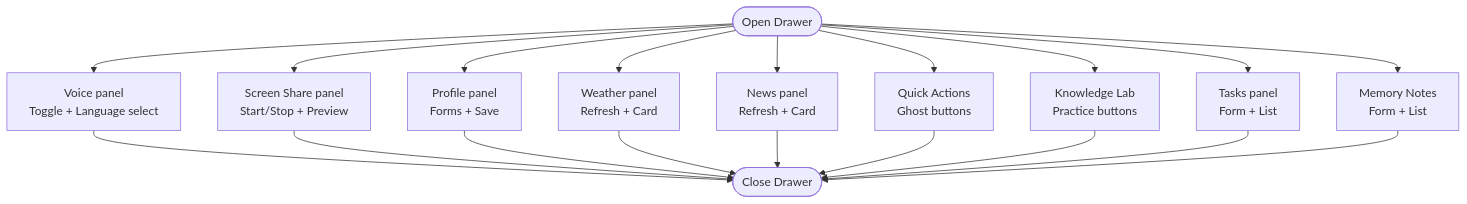
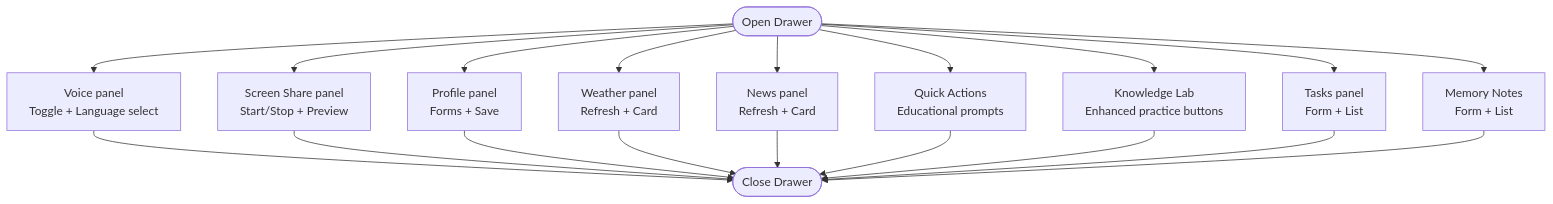
The fifth of 8 diagrams in .qoder/repowiki/en/content/Frontend Components/User Interface Design/HTML Structure and Semantic Markup.md (Sovetsky-Soyuz/AI-Assistant), drawn with Mermaid before and after one commit. The commit also changed other lines of this file and 10 other files, not shown here.

````diff
--- a/.qoder/repowiki/en/content/Frontend Components/User Interface Design/HTML Structure and Semantic Markup.md
+++ b/.qoder/repowiki/en/content/Frontend Components/User Interface Design/HTML Structure and Semantic Markup.md
@@ -178,21 +186,21 @@
 ```mermaid
 flowchart TD
 Open(["Open Drawer"]) --> Voice["Voice panel<br/>Toggle + Language select"]
 Open --> Screen["Screen Share panel<br/>Start/Stop + Preview"]
 Open --> Profile["Profile panel<br/>Forms + Save"]
 Open --> Weather["Weather panel<br/>Refresh + Card"]
 Open --> News["News panel<br/>Refresh + Card"]
-Open --> Quick["Quick Actions<br/>Ghost buttons"]
-Open --> Knowledge["Knowledge Lab<br/>Practice buttons"]
+Open --> Quick["Quick Actions<br/>Educational prompts"]
+Open --> Knowledge["Knowledge Lab<br/>Enhanced practice buttons"]
 Open --> Tasks["Tasks panel<br/>Form + List"]
 Open --> Notes["Memory Notes<br/>Form + List"]
 Voice --> Close(["Close Drawer"])
 Screen --> Close
 Profile --> Close
 Weather --> Close
 News --> Close
 Quick --> Close
 Knowledge --> Close
 Tasks --> Close
 Notes --> Close
 ```
````
